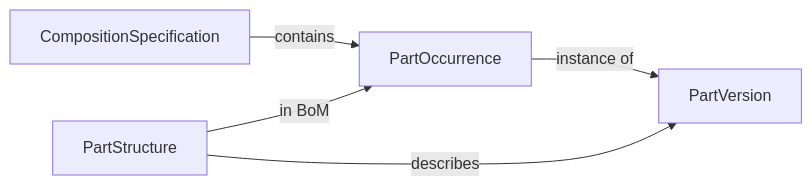
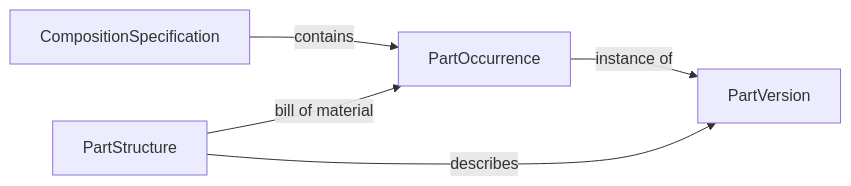
The second of 3 diagrams in wiki/content/specifications/vec/guidelines/product-definition/harness/index.md (prostep-ivip-e-V/vec), drawn with Mermaid before and after one commit. The commit also changed other lines of this file and 4 other files, not shown here.

````diff
--- a/wiki/content/specifications/vec/guidelines/product-definition/harness/index.md
+++ b/wiki/content/specifications/vec/guidelines/product-definition/harness/index.md
@@ -195,11 +209,11 @@
 ```mermaid
 graph LR;
   CS[CompositionSpecification];
   O[PartOccurrence];
   P[PartVersion];
   PS[PartStructure];
   CS -- contains --> O;
   O -- instance of --> P;
   PS -- describes --> P;
-  PS -- in BoM --> O;
+  PS -- "bill of material" --> O;
 ```
````
